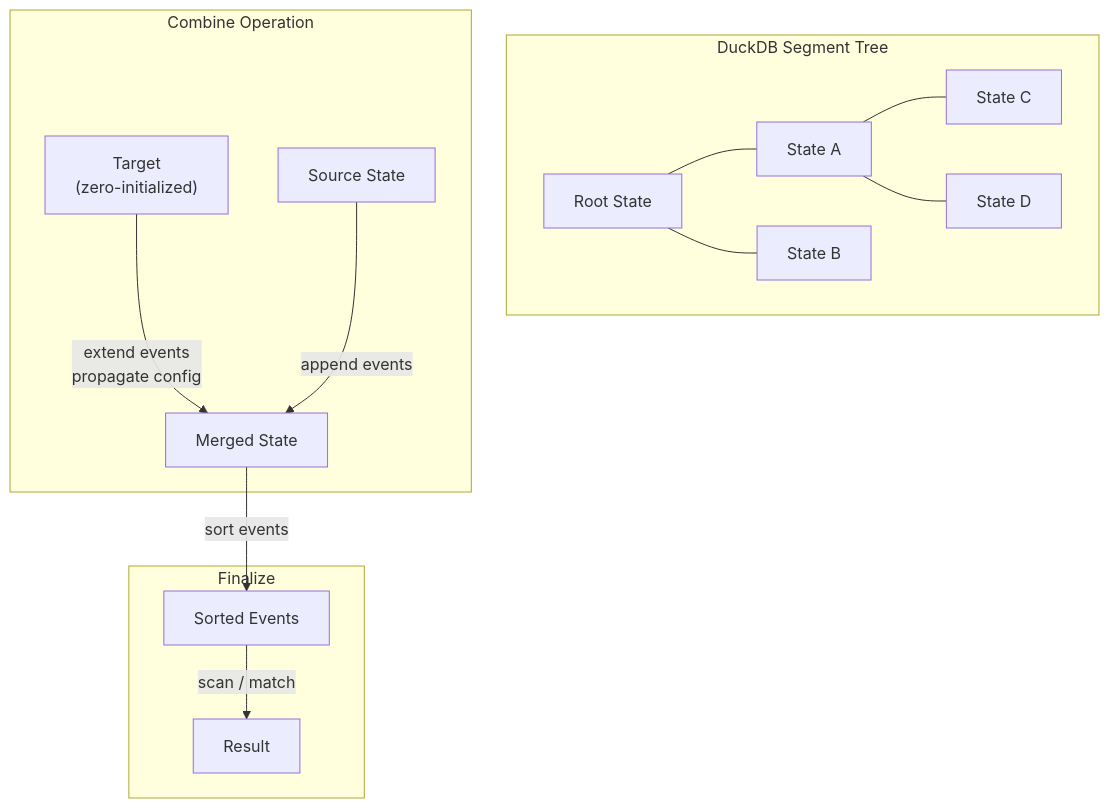
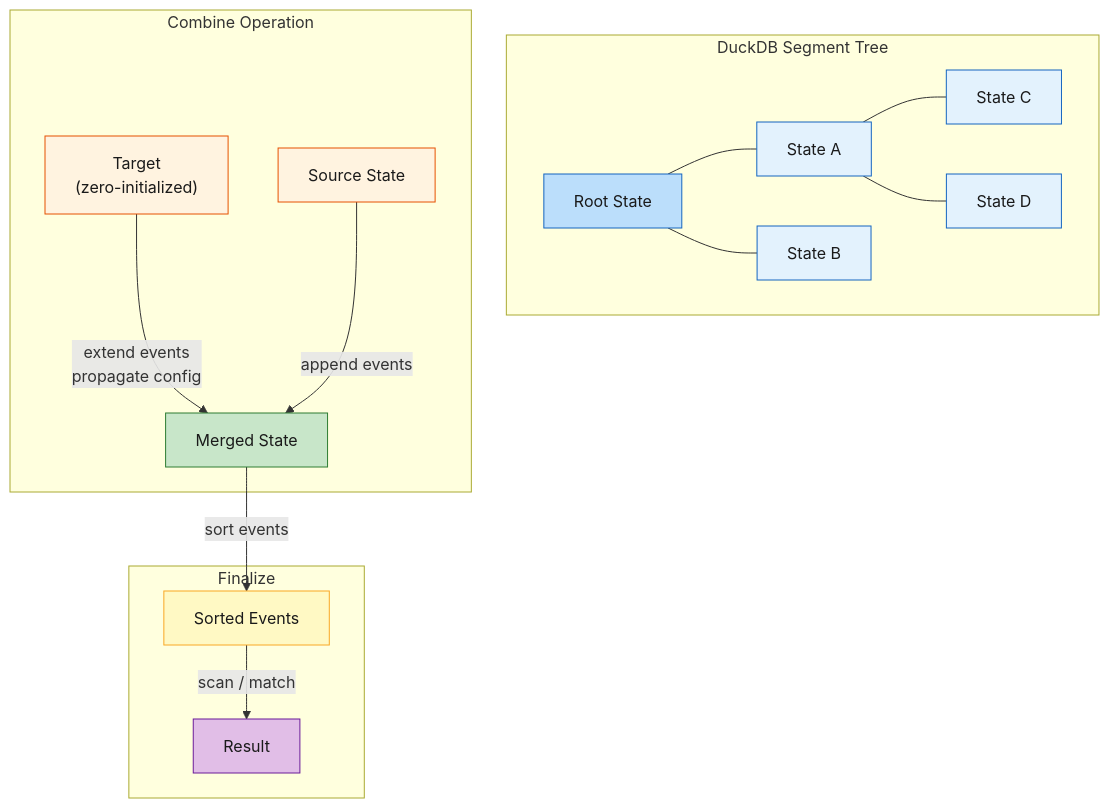
One commit to tomtom215/duckdb-behavioral changed the second of 2 diagrams in docs/src/internals/architecture.md. Above: the diagram before and after it, drawn with Mermaid. The commit also changed other lines of this file and 33 other files, not shown here.

````diff
--- a/docs/src/internals/architecture.md
+++ b/docs/src/internals/architecture.md
@@ -175,24 +184,35 @@
 ```mermaid
 flowchart TB
     subgraph "DuckDB Segment Tree"
         R["Root State"]
         L1["State A"]
         L2["State B"]
         L3["State C"]
         L4["State D"]
         R --- L1 & L2
         L1 --- L3 & L4
     end
 
     subgraph "Combine Operation"
         T["Target<br/>(zero-initialized)"]
         S["Source State"]
         T -->|"extend events<br/>propagate config"| M["Merged State"]
         S -->|"append events"| M
     end
 
     subgraph "Finalize"
         M -->|"sort events"| SORT["Sorted Events"]
         SORT -->|"scan / match"| OUT["Result"]
     end
+
+    style R fill:#bbdefb,stroke:#1565c0,color:#1a1a1a
+    style L1 fill:#e3f2fd,stroke:#1565c0,color:#1a1a1a
+    style L2 fill:#e3f2fd,stroke:#1565c0,color:#1a1a1a
+    style L3 fill:#e3f2fd,stroke:#1565c0,color:#1a1a1a
+    style L4 fill:#e3f2fd,stroke:#1565c0,color:#1a1a1a
+    style T fill:#fff3e0,stroke:#e65100,color:#1a1a1a
+    style S fill:#fff3e0,stroke:#e65100,color:#1a1a1a
+    style M fill:#c8e6c9,stroke:#2e7d32,color:#1a1a1a
+    style SORT fill:#fff9c4,stroke:#f9a825,color:#1a1a1a
+    style OUT fill:#e1bee7,stroke:#6a1b9a,color:#1a1a1a
 ```
````
